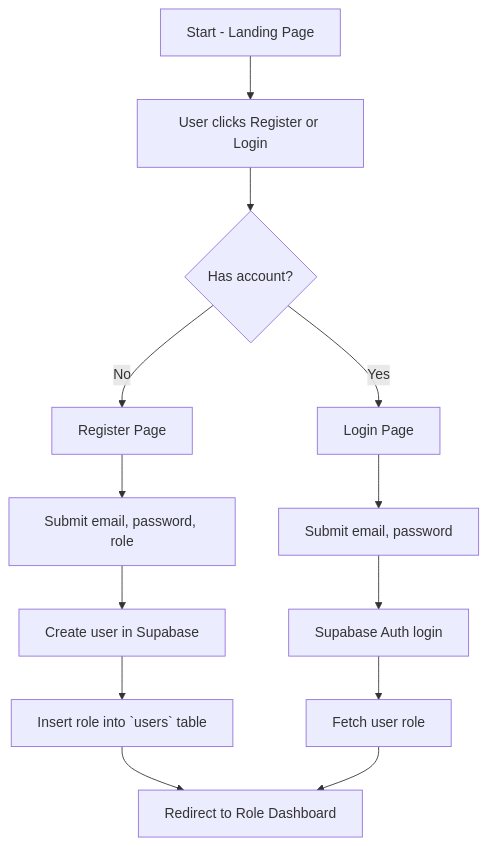
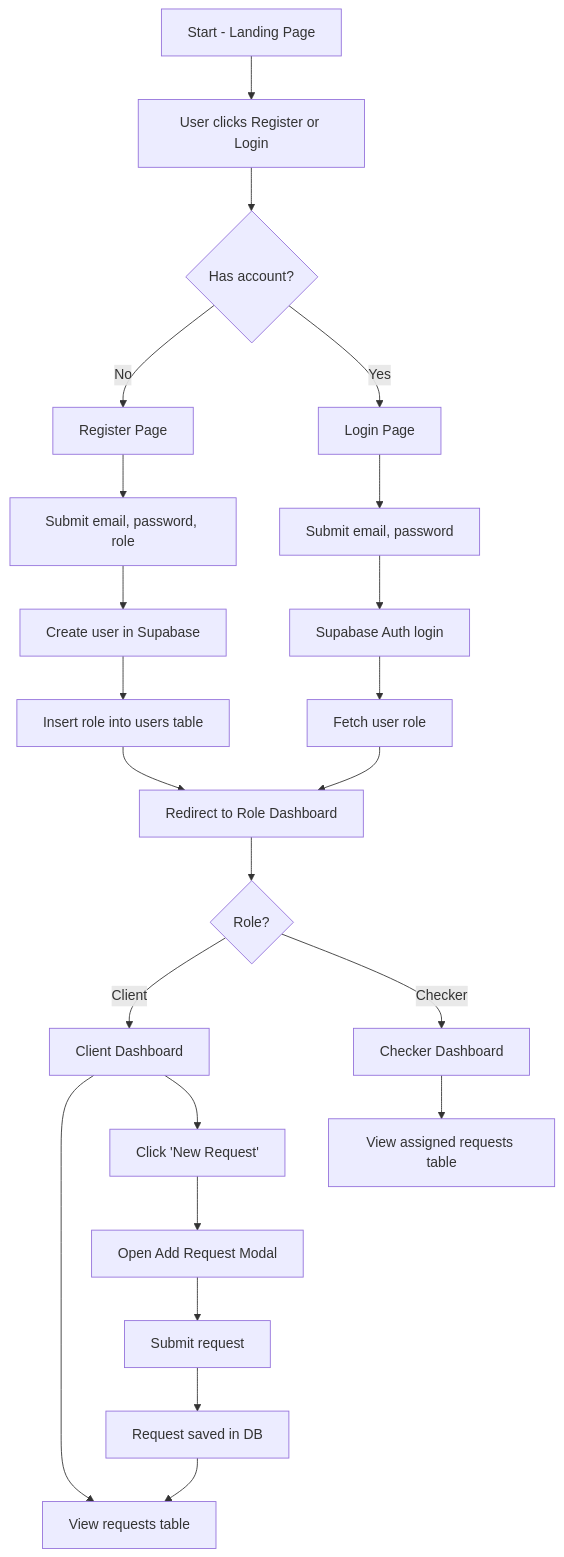
Before and after one commit to stavthal/check4me-web: the diagram in auth-diagram.md, drawn with Mermaid.

Commit message:
auth diagram continuation

````diff
--- a/auth-diagram.md
+++ b/auth-diagram.md
@@ -1,16 +1,28 @@
 ```mermaid
 flowchart TD
   A[Start - Landing Page] --> B[User clicks Register or Login]
   B --> C{Has account?}
   C -- No --> D[Register Page]
   D --> E[Submit email, password, role]
   E --> F[Create user in Supabase]
-  F --> G[Insert role into `users` table]
+  F --> G[Insert role into users table]
   G --> H[Redirect to Role Dashboard]
 
   C -- Yes --> I[Login Page]
   I --> J[Submit email, password]
   J --> K[Supabase Auth login]
   K --> L[Fetch user role]
   L --> H
+
+  H --> M{Role?}
+  M -- Client --> N[Client Dashboard]
+  N --> O[View requests table]
+  N --> P[Click 'New Request']
+  P --> Q[Open Add Request Modal]
+  Q --> R[Submit request]
+  R --> S[Request saved in DB]
+  S --> O
+
+  M -- Checker --> T[Checker Dashboard]
+  T --> U[View assigned requests table]
 ```
````
